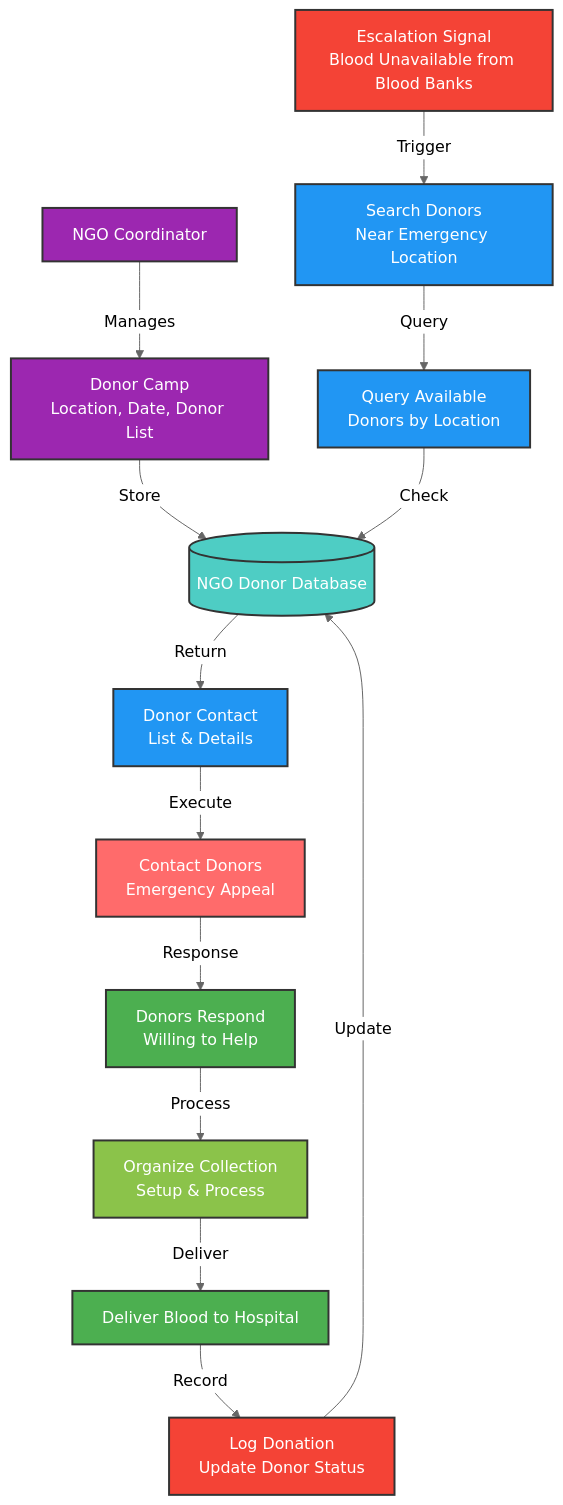
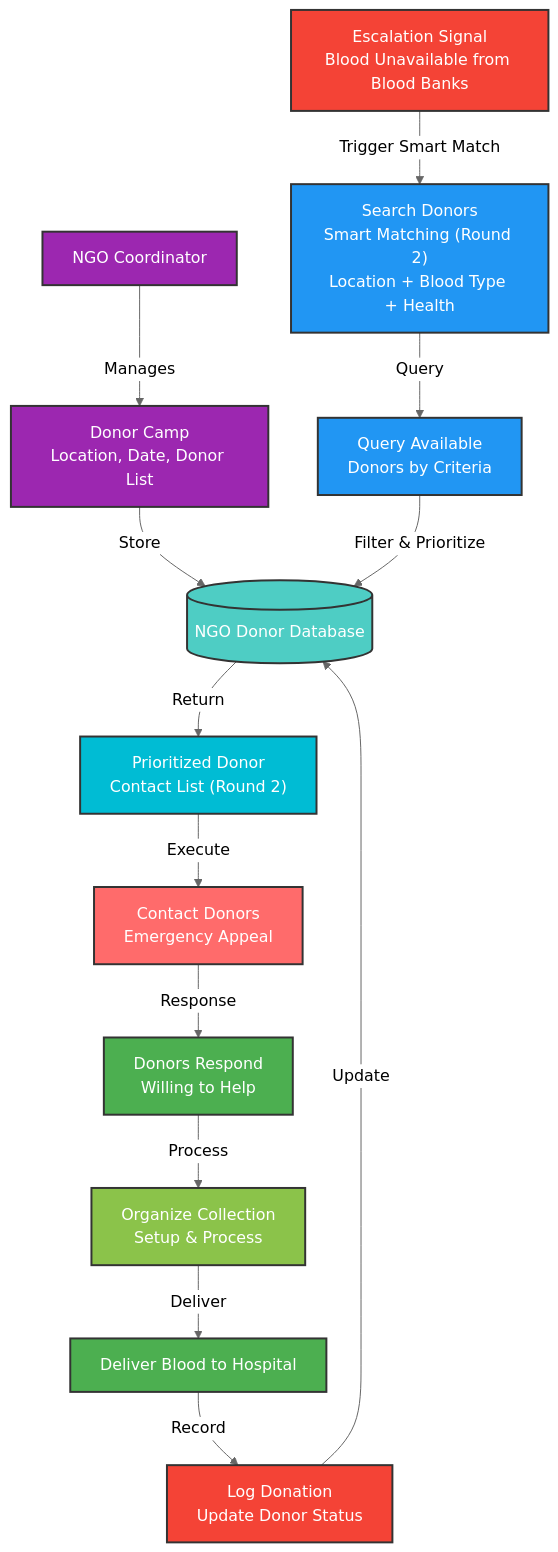
Before and after one commit to VasaraSujal/Hack_The_Winter: the seventh of 9 diagrams in Main Documentation/SYSTEM_FLOW.md, drawn with Mermaid (neutral theme). The commit also changed other lines of this file and 2 other files, not shown here.

````diff
--- a/Main Documentation/SYSTEM_FLOW.md
+++ b/Main Documentation/SYSTEM_FLOW.md
@@ -259,47 +276,47 @@
 ```mermaid
 graph TB
     NGO["NGO Coordinator"]
     Camp["Donor Camp<br/>Location, Date, Donor List"]
     DonorDB[("NGO Donor Database")]
     
     Escalation["Escalation Signal<br/>Blood Unavailable from Blood Banks"]
     
-    Search["Search Donors<br/>Near Emergency Location"]
-    Query["Query Available<br/>Donors by Location"]
-    List["Donor Contact<br/>List & Details"]
+    Search["Search Donors<br/>Smart Matching (Round 2)<br/>Location + Blood Type + Health"]
+    Query["Query Available<br/>Donors by Criteria"]
+    List["Prioritized Donor<br/>Contact List (Round 2)"]
     
     Contact["Contact Donors<br/>Emergency Appeal"]
     Volunteer["Donors Respond<br/>Willing to Help"]
     
     Collection["Organize Collection<br/>Setup & Process"]
     Deliver["Deliver Blood to Hospital"]
     Record["Log Donation<br/>Update Donor Status"]
     
     NGO -->|Manages| Camp
     Camp -->|Store| DonorDB
     
-    Escalation -->|Trigger| Search
+    Escalation -->|Trigger Smart Match| Search
     Search -->|Query| Query
-    Query -->|Check| DonorDB
+    Query -->|Filter & Prioritize| DonorDB
     DonorDB -->|Return| List
     
     List -->|Execute| Contact
     Contact -->|Response| Volunteer
     Volunteer -->|Process| Collection
     Collection -->|Deliver| Deliver
     Deliver -->|Record| Record
     Record -->|Update| DonorDB
     
     style NGO fill:#9c27b0,stroke:#333,stroke-width:2px,color:#fff
     style Camp fill:#9c27b0,stroke:#333,stroke-width:2px,color:#fff
     style DonorDB fill:#4ecdc4,stroke:#333,stroke-width:2px,color:#fff
     style Escalation fill:#f44336,stroke:#333,stroke-width:2px,color:#fff
     style Search fill:#2196f3,stroke:#333,stroke-width:2px,color:#fff
     style Query fill:#2196f3,stroke:#333,stroke-width:2px,color:#fff
-    style List fill:#2196f3,stroke:#333,stroke-width:2px,color:#fff
+    style List fill:#00bcd4,stroke:#333,stroke-width:2px,color:#fff
     style Contact fill:#ff6b6b,stroke:#333,stroke-width:2px,color:#fff
     style Volunteer fill:#4caf50,stroke:#333,stroke-width:2px,color:#fff
     style Collection fill:#8bc34a,stroke:#333,stroke-width:2px,color:#fff
     style Deliver fill:#4caf50,stroke:#333,stroke-width:2px,color:#fff
     style Record fill:#f44336,stroke:#333,stroke-width:2px,color:#fff
 ```
````
